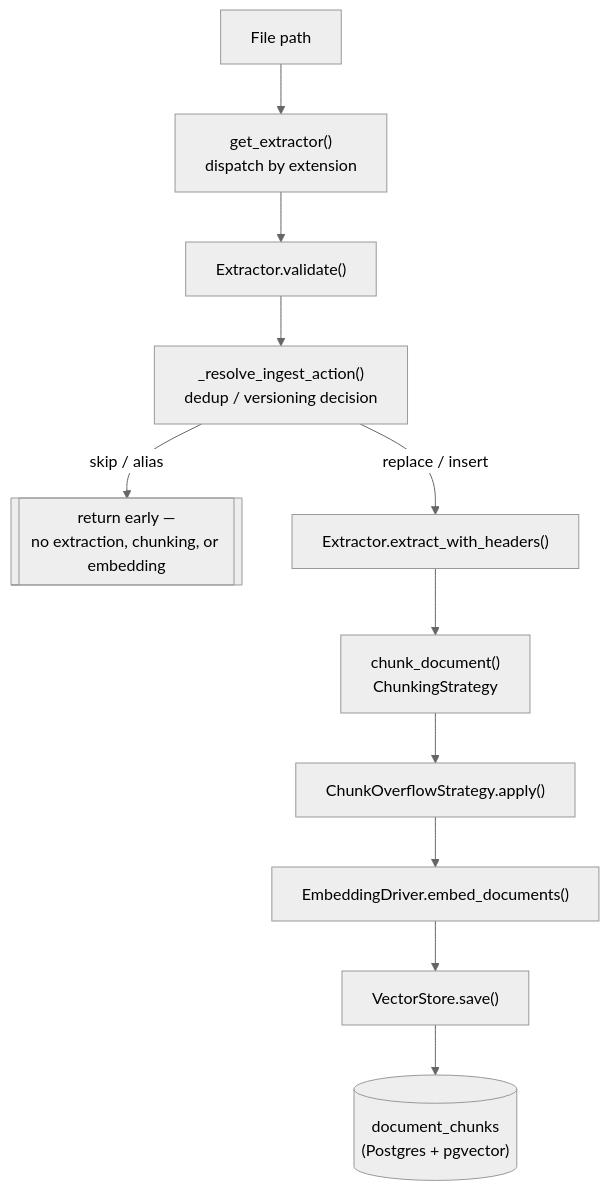
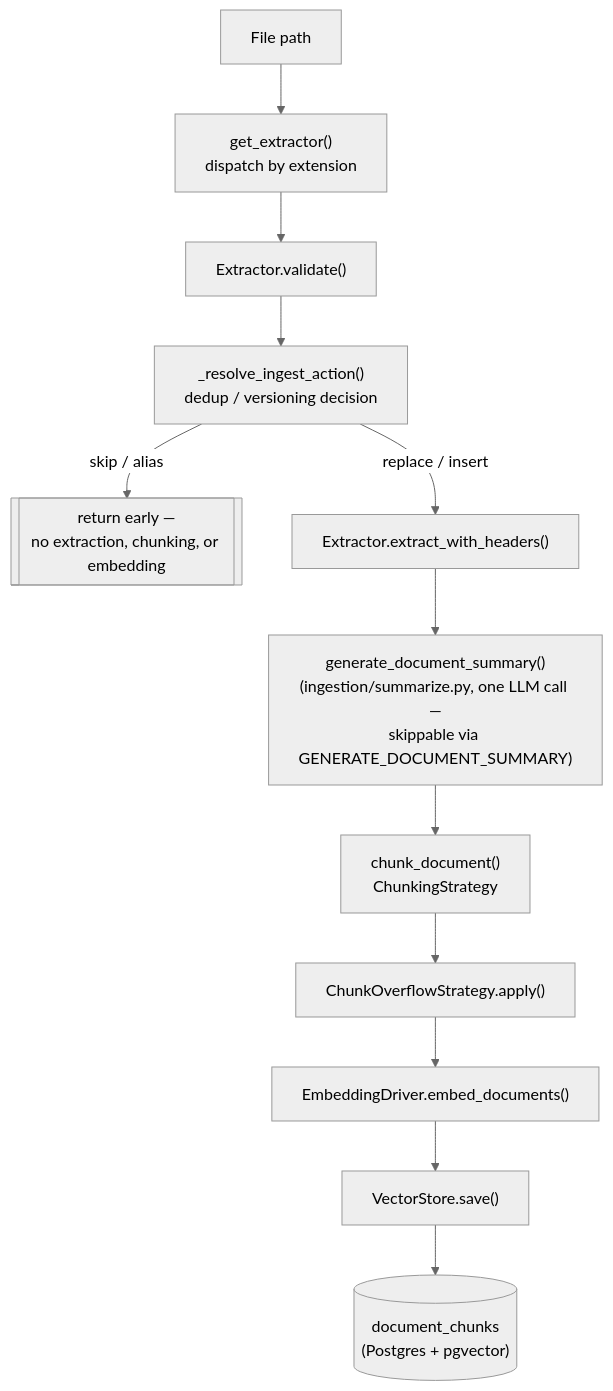
Before and after one commit to olythy/docs-agent: the first of 3 diagrams in docs/architecture.md, drawn with Mermaid (neutral theme). The commit also changed other lines of this file and 1 other file, not shown here.

First line of the commit message:
docs: sync architecture diagrams and directory tree with today's pipeline changes

````diff
--- a/docs/architecture.md
+++ b/docs/architecture.md
@@ -9,13 +9,14 @@
 ```mermaid
 flowchart TD
     A[File path] --> B["get_extractor()<br/>dispatch by extension"]
     B --> C["Extractor.validate()"]
     C --> D["_resolve_ingest_action()<br/>dedup / versioning decision"]
     D -- skip / alias --> Z[["return early —<br/>no extraction, chunking, or embedding"]]
     D -- replace / insert --> E["Extractor.extract_with_headers()"]
-    E --> F["chunk_document()<br/>ChunkingStrategy"]
+    E --> S["generate_document_summary()<br/>(ingestion/summarize.py, one LLM call —<br/>skippable via GENERATE_DOCUMENT_SUMMARY)"]
+    S --> F["chunk_document()<br/>ChunkingStrategy"]
     F --> G["ChunkOverflowStrategy.apply()"]
     G --> H["EmbeddingDriver.embed_documents()"]
     H --> I["VectorStore.save()"]
     I --> J[("document_chunks<br/>(Postgres + pgvector)")]
 ```
````
